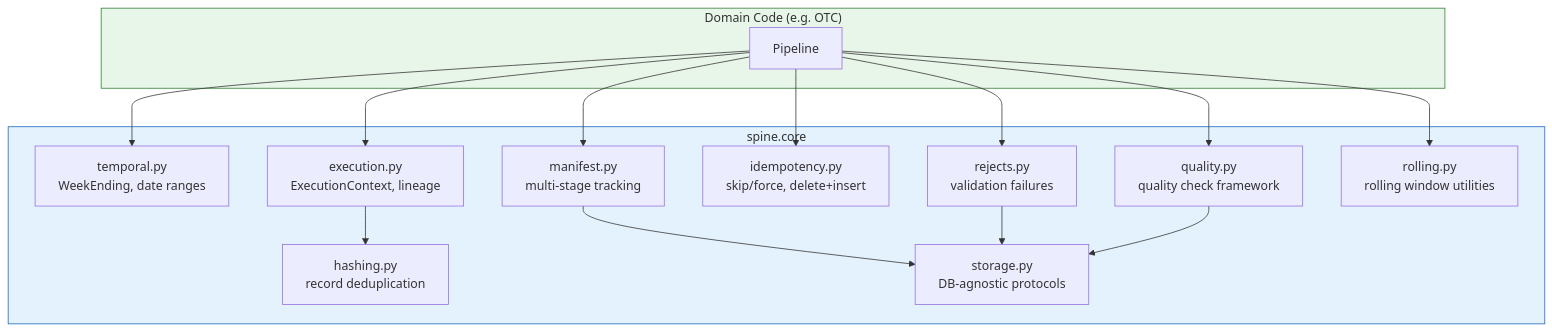
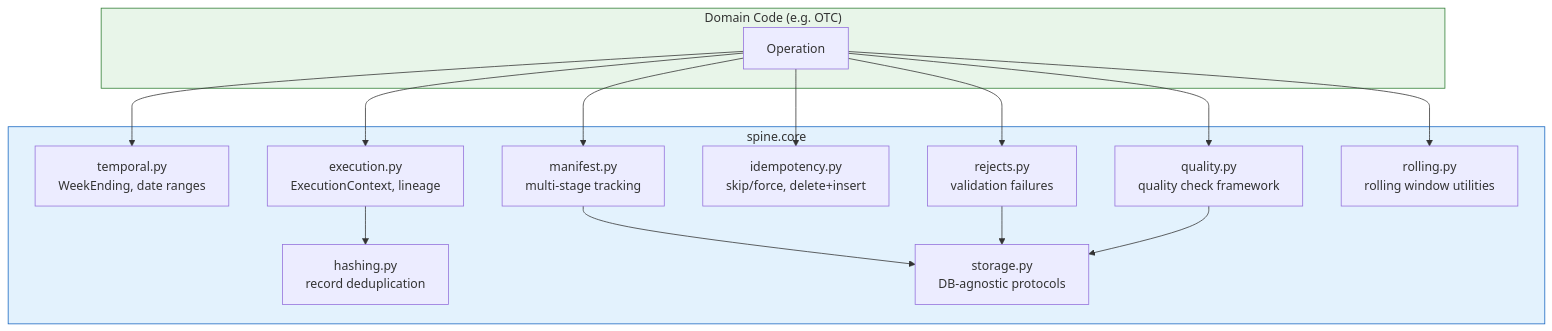
The first of 5 diagrams in docs/architecture/CORE_PRIMITIVES.md (ryansmccoy/spine-core), drawn with Mermaid before and after one commit. The commit also changed other lines of this file and 616 other files, not shown here.

Commit message:
refactor(core): rename pipeline to operation and fix audit findings

````diff
--- a/docs/architecture/CORE_PRIMITIVES.md
+++ b/docs/architecture/CORE_PRIMITIVES.md
@@ -47,25 +47,25 @@
 ```mermaid
 graph TB
     subgraph Core["spine.core"]
         T["temporal.py<br/>WeekEnding, date ranges"]
         E["execution.py<br/>ExecutionContext, lineage"]
         H["hashing.py<br/>record deduplication"]
         M["manifest.py<br/>multi-stage tracking"]
         I["idempotency.py<br/>skip/force, delete+insert"]
         R["rejects.py<br/>validation failures"]
         Q["quality.py<br/>quality check framework"]
         RO["rolling.py<br/>rolling window utilities"]
         S["storage.py<br/>DB-agnostic protocols"]
     end
 
     subgraph Domain["Domain Code (e.g. OTC)"]
-        P["Pipeline"]
+        P["Operation"]
     end
 
     P --> T & E & M & I & R & Q & RO
     M & R & Q --> S
     E --> H
 
     style Core fill:#e3f2fd,stroke:#1565c0
     style Domain fill:#e8f5e9,stroke:#2e7d32
 ```
````
